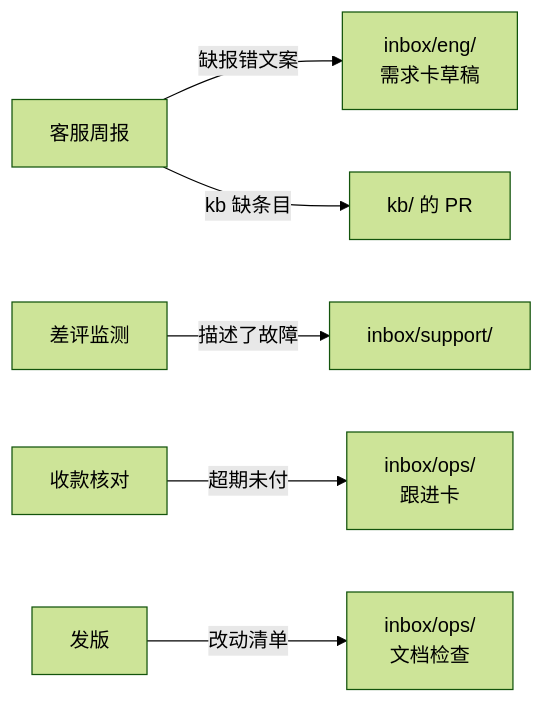
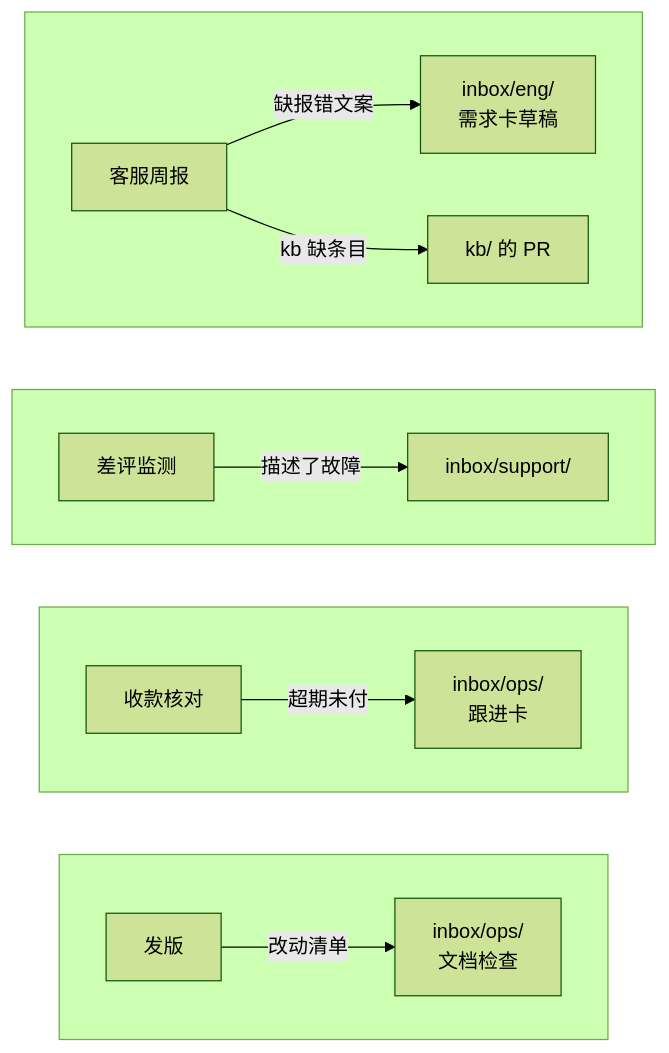
One commit to jarvis-pro/hatch-shelf changed the second of 2 diagrams in books/ai-native-opc/07-automation-pipeline.md. Above: the diagram before and after it, drawn with Mermaid (forest theme). The commit also changed other lines of this file and 432 other files, not shown here.

````diff
--- a/books/ai-native-opc/07-automation-pipeline.md
+++ b/books/ai-native-opc/07-automation-pipeline.md
@@ -299,8 +294,17 @@
 ```mermaid
-flowchart LR
-  CSW["客服周报"] -->|"缺报错文案"| ENGI["inbox/eng/<br/>需求卡草稿"]
-  CSW -->|"kb 缺条目"| KB["kb/ 的 PR"]
-  REV["差评监测"] -->|"描述了故障"| CSI["inbox/support/"]
-  MATCH["收款核对"] -->|"超期未付"| OPSI["inbox/ops/<br/>跟进卡"]
-  REL["发版"] -->|"改动清单"| DOCI["inbox/ops/<br/>文档检查"]
+flowchart TD
+  subgraph P1[" "]
+    CSW["客服周报"] -->|"缺报错文案"| ENGI["inbox/eng/<br/>需求卡草稿"]
+    CSW -->|"kb 缺条目"| KB["kb/ 的 PR"]
+  end
+  subgraph P2[" "]
+    REV["差评监测"] -->|"描述了故障"| CSI["inbox/support/"]
+  end
+  subgraph P3[" "]
+    MATCH["收款核对"] -->|"超期未付"| OPSI["inbox/ops/<br/>跟进卡"]
+  end
+  subgraph P4[" "]
+    REL["发版"] -->|"改动清单"| DOCI["inbox/ops/<br/>文档检查"]
+  end
+  P1 ~~~ P2 ~~~ P3 ~~~ P4
 ```
````
